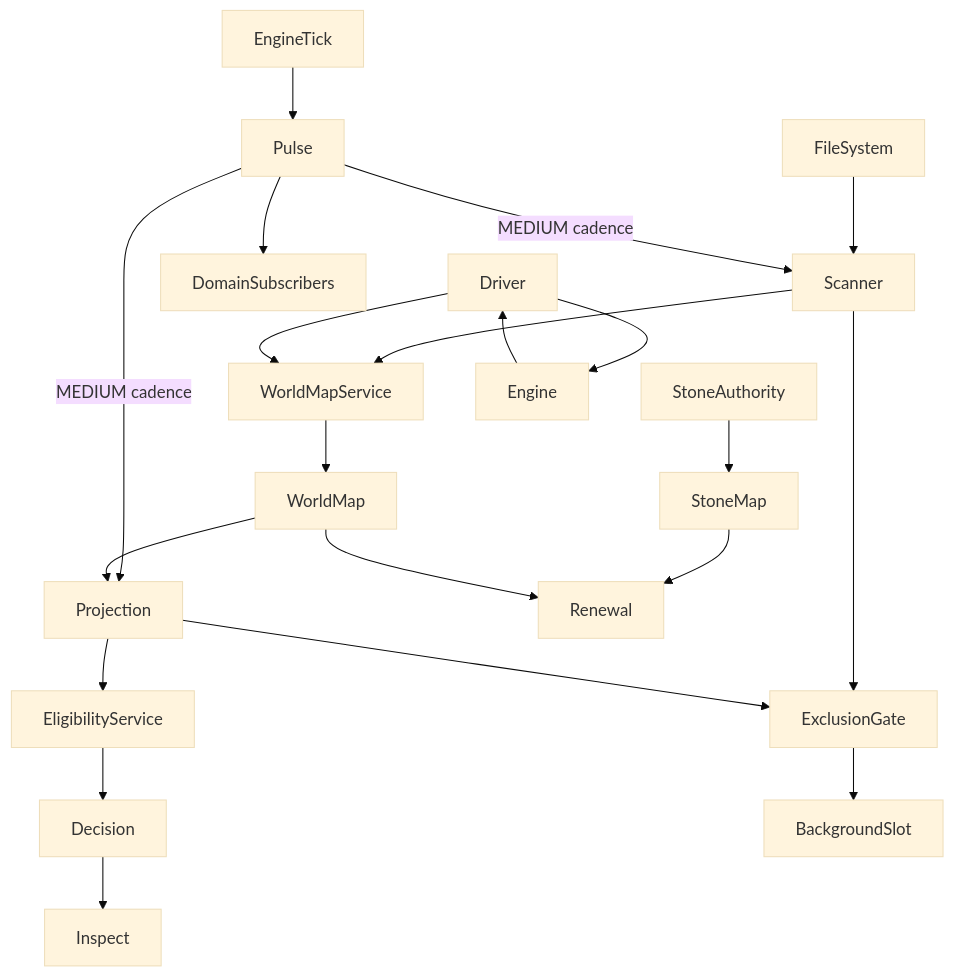
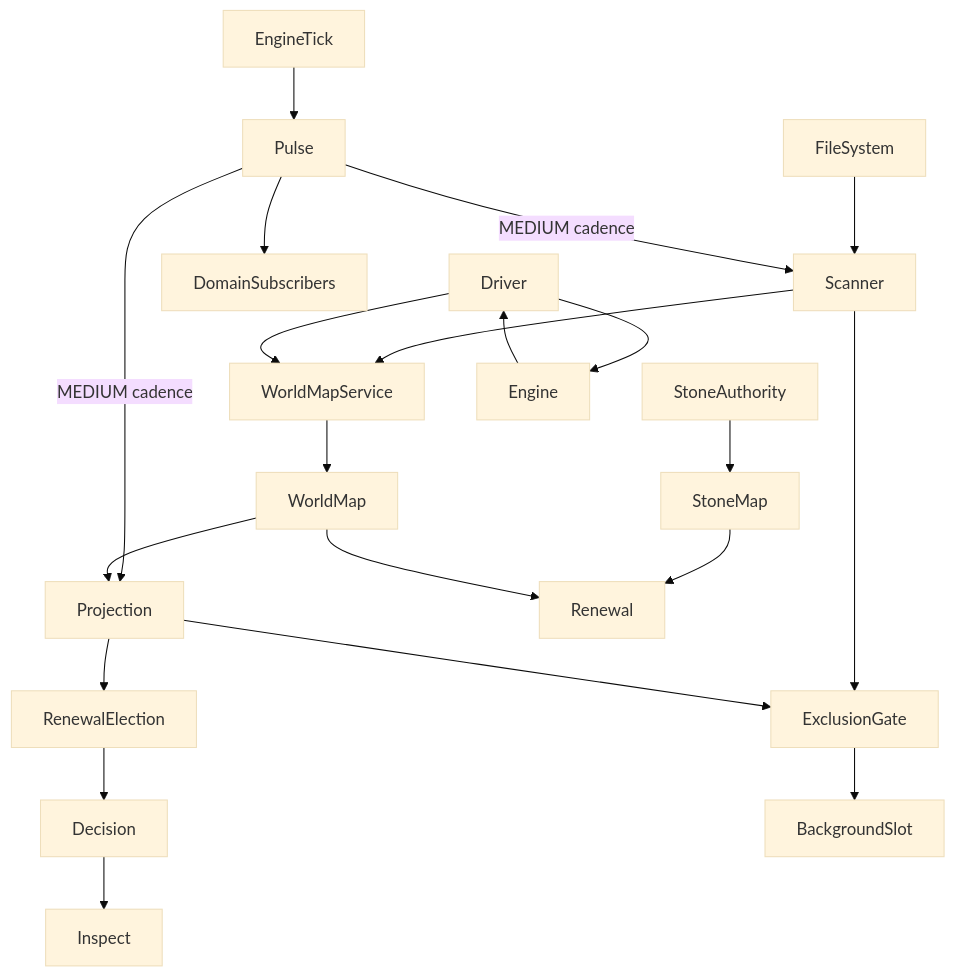
Before and after one commit to olilanz/memento-mc: the fourth of 4 diagrams in ARCHITECTURE.md, drawn with Mermaid (base theme). The commit also changed other lines of this file and 7 other files, not shown here.

Commit message:
Incorporated local invariants and policies into class headers, and removed them from architecture docs

````diff
--- a/ARCHITECTURE.md
+++ b/ARCHITECTURE.md
@@ -303,23 +305,23 @@
 ```mermaid
 flowchart TB
     FileSystem --> Scanner
     EngineTick --> Pulse
     Pulse --> DomainSubscribers
     Pulse -->|MEDIUM cadence| Scanner
     Pulse -->|MEDIUM cadence| Projection
     Scanner --> WorldMapService
     StoneAuthority --> StoneMap
     StoneMap --> Renewal
     WorldMap --> Projection
-    Projection --> EligibilityService
-    EligibilityService --> Decision
+    Projection --> RenewalElection
+    RenewalElection --> Decision
     Decision --> Inspect
     Driver --> Engine
     Engine --> Driver
     Driver --> WorldMapService
     Scanner --> ExclusionGate
     Projection --> ExclusionGate
     ExclusionGate --> BackgroundSlot
     WorldMapService --> WorldMap
     WorldMap --> Renewal
 ```
````
